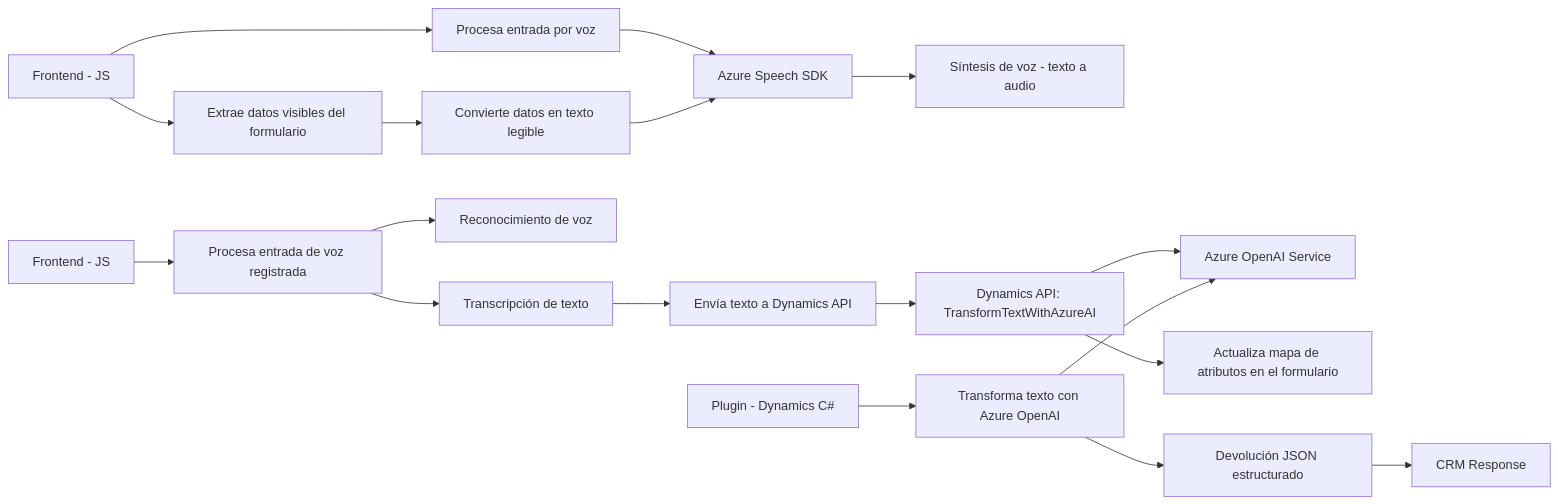
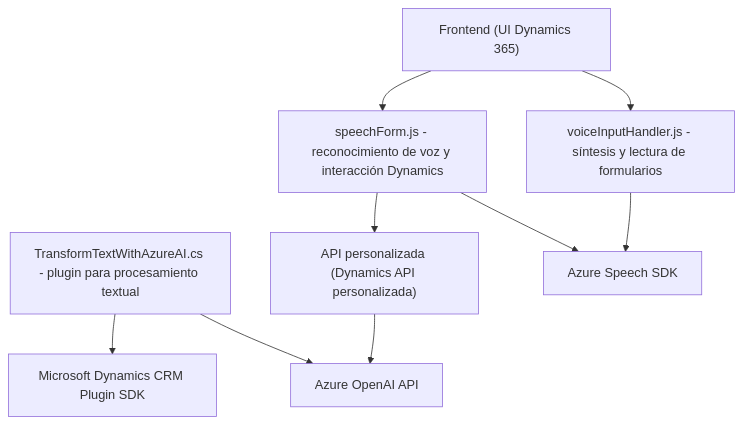
Before and after one commit to blopezdm/NETCORE_BILBAO2025: the diagram in README.md, drawn with Mermaid. The commit also changed other lines of this file, not shown here.

Commit message:
Actualizar análisis global de la solución con IA

````diff
--- a/README.md
+++ b/README.md
@@ -42,22 +34,20 @@
 ```mermaid
-graph LR
-A["Frontend - JS"] --> B["Procesa entrada por voz"]
-A --> C["Extrae datos visibles del formulario"]
-C --> D["Convierte datos en texto legible"]
-B --> E["Azure Speech SDK"]
-D --> E["Azure Speech SDK"]
-E --> F["Síntesis de voz - texto a audio"]
+graph TD
+    A["voiceInputHandler.js - síntesis y lectura de formularios"]
+    B["speechForm.js - reconocimiento de voz y interacción Dynamics"]
+    C["Frontend (UI Dynamics 365)"]
+    D["TransformTextWithAzureAI.cs - plugin para procesamiento textual"]
+    E["Microsoft Dynamics CRM Plugin SDK"]
+    F["API personalizada (Dynamics API personalizada)"]
+    G["Azure Speech SDK"]
+    H["Azure OpenAI API"]
 
-G["Frontend - JS"] --> H["Procesa entrada de voz registrada"]
-H --> I["Reconocimiento de voz"]
-H --> J["Transcripción de texto"]
-J --> K["Envía texto a Dynamics API"]
-K --> L["Dynamics API: TransformTextWithAzureAI"]
-L --> M["Azure OpenAI Service"]
-L --> N["Actualiza mapa de atributos en el formulario"]
-
-O["Plugin - Dynamics C#"] --> P["Transforma texto con Azure OpenAI"]
-P --> M
-P --> Q["Devolución JSON estructurado"]
-Q --> R["CRM Response"]
+    C --> A
+    C --> B
+    A --> G
+    B --> G
+    B --> F
+    F --> H
+    D --> H
+    D --> E
 ```
````
